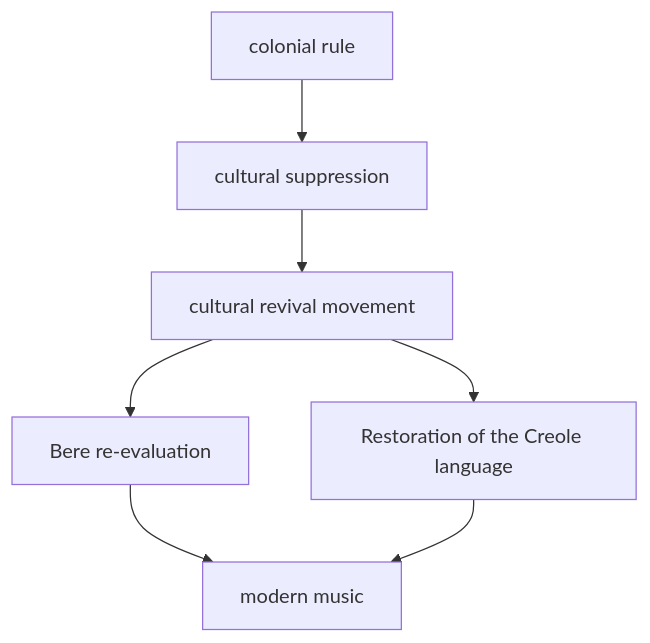
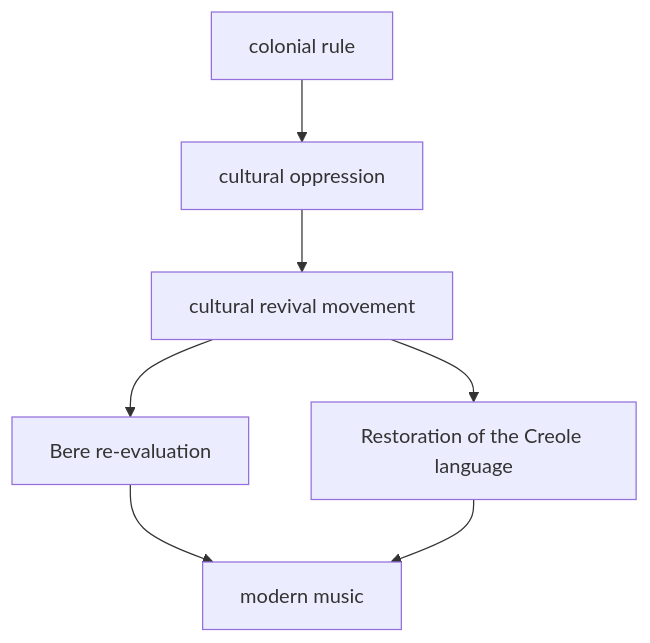
The seventh of 11 diagrams in en/_posts/2026-05-16-column-martinique.md (monumental-movement/monumental-movement.github.io), drawn with Mermaid before and after one commit. The commit also changed other lines of this file and 445 other files, not shown here.

```diff
--- a/en/_posts/2026-05-16-column-martinique.md
+++ b/en/_posts/2026-05-16-column-martinique.md
@@ -296,9 +296,9 @@
 <div class="mermaid">
 flowchart TD
-A[colonial rule] --> B[cultural suppression]
+A[colonial rule] --> B[cultural oppression]
 B --> C[cultural revival movement]
 C --> D[Bere re-evaluation]
 C --> E[Restoration of the Creole language]
 D --> F[modern music]
 E --> F
 </div>
```
